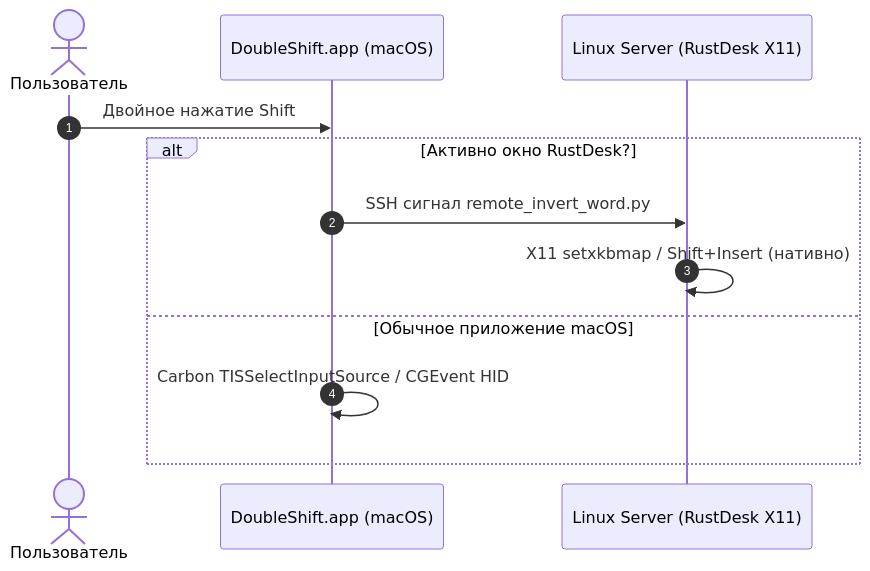
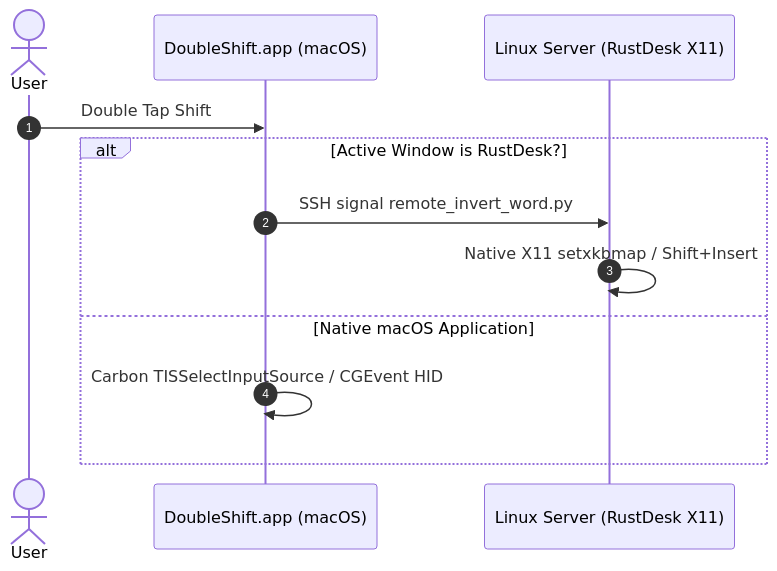
The diagram in README.md (Arkadius0292/Doubleshifter), drawn with Mermaid before and after one commit. The commit also changed other lines of this file and 1 other file, not shown here.

````diff
--- a/README.md
+++ b/README.md
@@ -25,15 +27,15 @@
 ```mermaid
 sequenceDiagram
     autonumber
-    actor User as Пользователь
+    actor User as User
     participant Mac as DoubleShift.app (macOS)
     participant Server as Linux Server (RustDesk X11)
 
-    User->>Mac: Двойное нажатие Shift
-    alt Активно окно RustDesk?
-        Mac->>Server: SSH сигнал remote_invert_word.py
-        Server->>Server: X11 setxkbmap / Shift+Insert (нативно)
-    else Обычное приложение macOS
+    User->>Mac: Double Tap Shift
+    alt Active Window is RustDesk?
+        Mac->>Server: SSH signal remote_invert_word.py
+        Server->>Server: Native X11 setxkbmap / Shift+Insert
+    else Native macOS Application
         Mac->>Mac: Carbon TISSelectInputSource / CGEvent HID
     end
 ```
````
